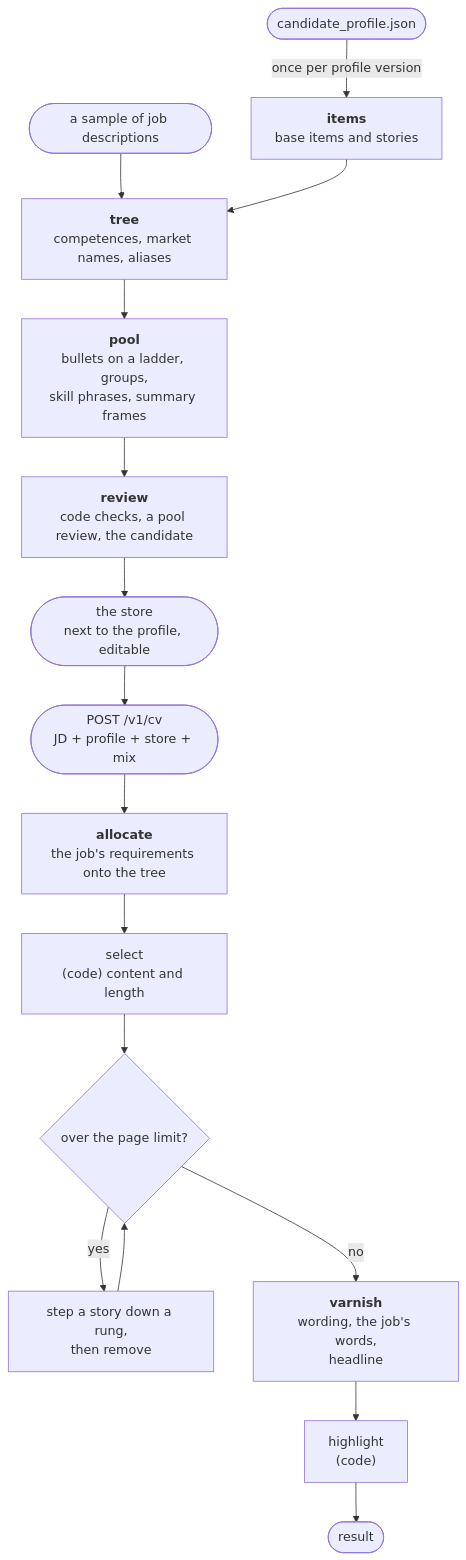
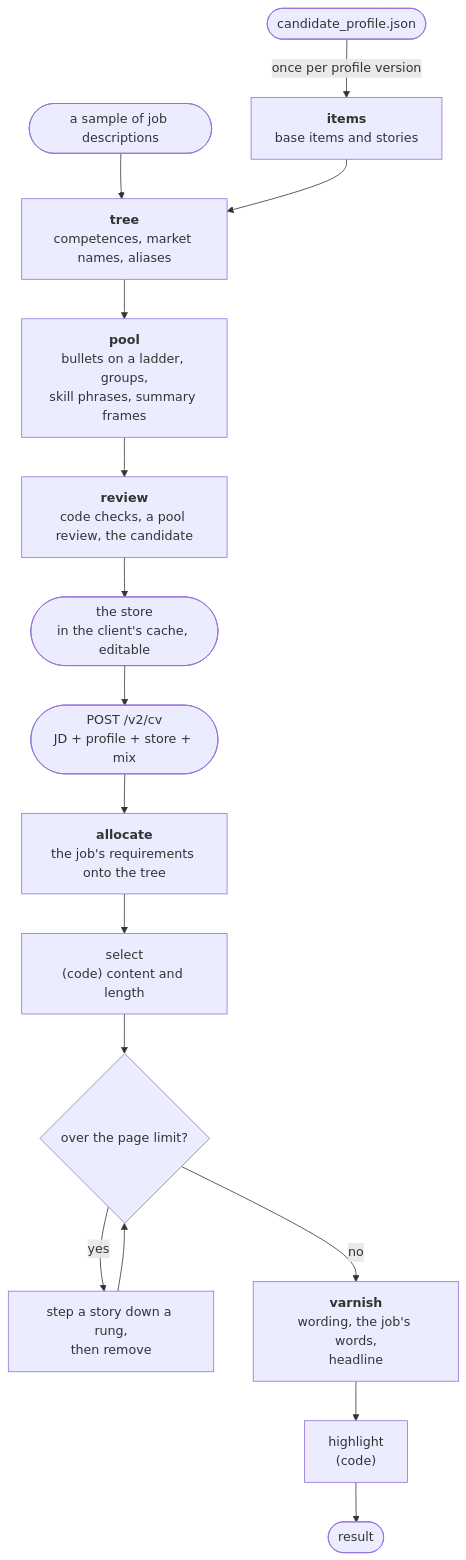
The diagram in doc/CV-PIPELINE-V2.md (gcontini/ats-strike), drawn with Mermaid before and after one commit. The commit also changed other lines of this file and 49 other files, not shown here.

````diff
--- a/doc/CV-PIPELINE-V2.md
+++ b/doc/CV-PIPELINE-V2.md
@@ -81,17 +83,17 @@
 ```mermaid
 flowchart TD
     PROF(["candidate_profile.json"]) -->|"once per profile version"| ITEMS["<b>items</b><br/>base items and stories"]
     JDS(["a sample of job descriptions"]) --> TREE
     ITEMS --> TREE["<b>tree</b><br/>competences, market names, aliases"]
     TREE --> POOL["<b>pool</b><br/>bullets on a ladder, groups,<br/>skill phrases, summary frames"]
     POOL --> REV["<b>review</b><br/>code checks, a pool review, the candidate"]
-    REV --> STORE(["the store<br/>next to the profile, editable"])
-    STORE --> START(["POST /v1/cv<br/>JD + profile + store + mix"])
+    REV --> STORE(["the store<br/>in the client's cache, editable"])
+    STORE --> START(["POST /v2/cv<br/>JD + profile + store + mix"])
     START --> ALLOC["<b>allocate</b><br/>the job's requirements onto the tree"]
     ALLOC --> SEL["select<br/>(code) content and length"]
     SEL --> FIT{"over the page limit?"}
     FIT -->|"yes"| DOWN["step a story down a rung,<br/>then remove"] --> FIT
     FIT -->|"no"| VAR["<b>varnish</b><br/>wording, the job's words,<br/>headline"]
     VAR --> HL["highlight<br/>(code)"]
     HL --> FIN(["result"])
 ```
````
